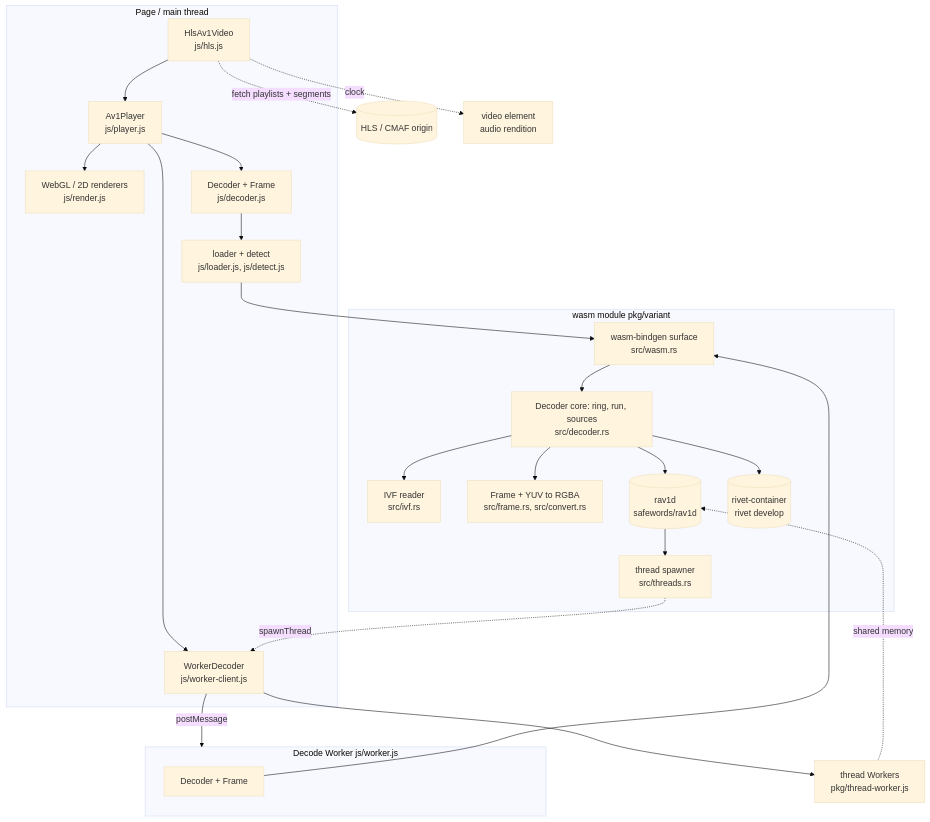
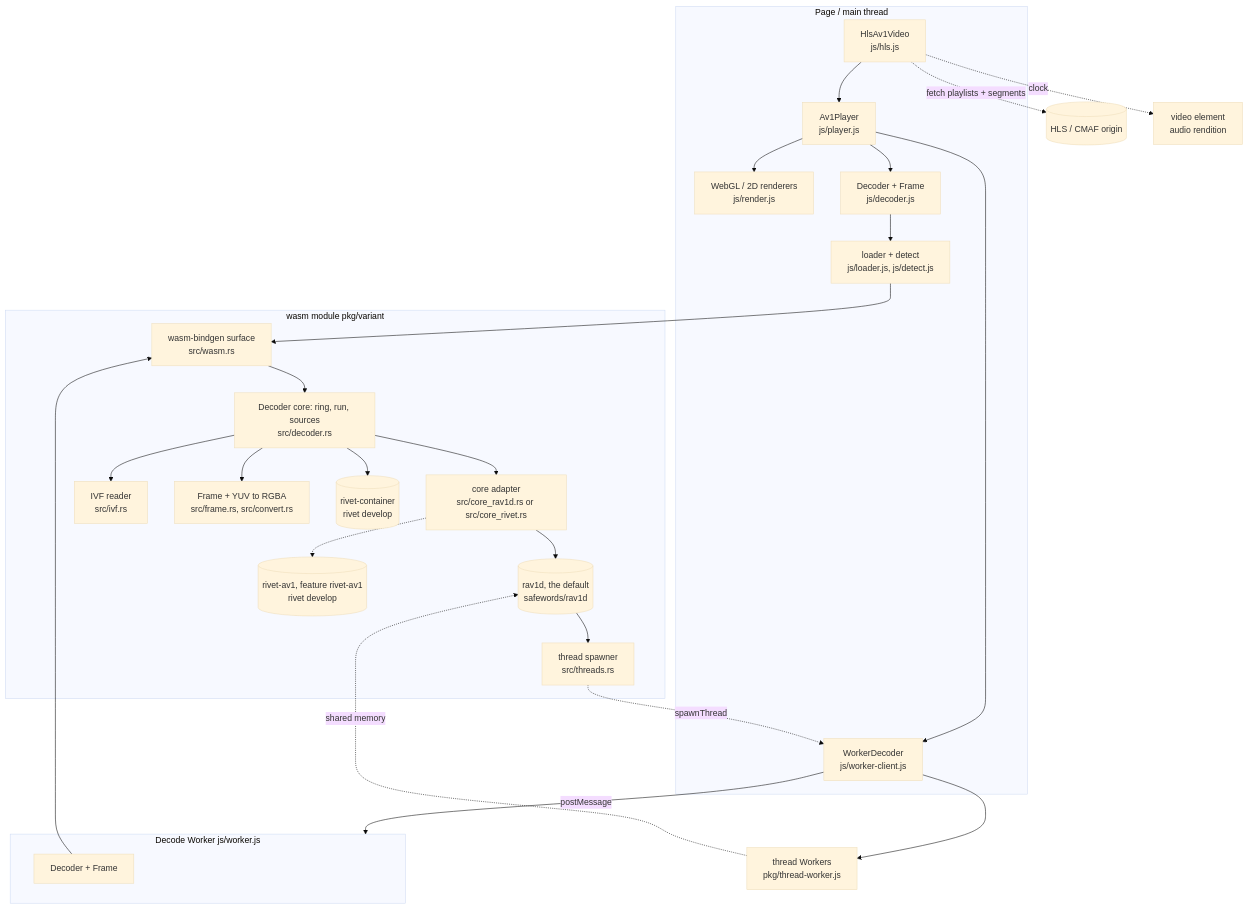
One commit to safewords/wasm-av1 changed the diagram in docs/features/README.md. Above: the diagram before and after it, drawn with Mermaid (base theme). The commit also changed other lines of this file and 14 other files, not shown here.

First line of the commit message:
Document the rivet-av1 core: what it is, what it lacks, what was measured, and the three rivet-av1 commits it waits for.

````diff
--- a/docs/features/README.md
+++ b/docs/features/README.md
@@ -16,39 +23,43 @@
 ```mermaid
 flowchart TB
   subgraph page[Page / main thread]
     hls[HlsAv1Video<br/>js/hls.js]
     player[Av1Player<br/>js/player.js]
     render[WebGL / 2D renderers<br/>js/render.js]
     wclient[WorkerDecoder<br/>js/worker-client.js]
     jsdec[Decoder + Frame<br/>js/decoder.js]
     loader[loader + detect<br/>js/loader.js, js/detect.js]
   end
   subgraph worker[Decode Worker  js/worker.js]
     wdec[Decoder + Frame]
   end
   subgraph wasm[wasm module  pkg/variant]
     bind[wasm-bindgen surface<br/>src/wasm.rs]
     core[Decoder core: ring, run, sources<br/>src/decoder.rs]
+    adapter[core adapter<br/>src/core_rav1d.rs or src/core_rivet.rs]
     ivf[IVF reader<br/>src/ivf.rs]
     frame[Frame + YUV to RGBA<br/>src/frame.rs, src/convert.rs]
     threads[thread spawner<br/>src/threads.rs]
-    rav1d[(rav1d<br/>safewords/rav1d)]
+    rav1d[(rav1d, the default<br/>safewords/rav1d)]
+    rivetav1[(rivet-av1, feature rivet-av1<br/>rivet develop)]
     rivet[(rivet-container<br/>rivet develop)]
   end
   tw[thread Workers<br/>pkg/thread-worker.js]
 
   hls --> player --> render
   player --> jsdec
   player --> wclient -- postMessage --> worker
   jsdec --> loader --> bind
   wdec --> bind
   bind --> core
   core --> ivf
   core --> rivet
-  core --> rav1d
+  core --> adapter
+  adapter --> rav1d
+  adapter -.-> rivetav1
   core --> frame
   rav1d --> threads -. spawnThread .-> wclient --> tw
   tw -. shared memory .-> rav1d
   hls -. fetch playlists + segments .-> cdn[(HLS / CMAF origin)]
   hls -. clock .-> video[video element<br/>audio rendition]
 ```
````
